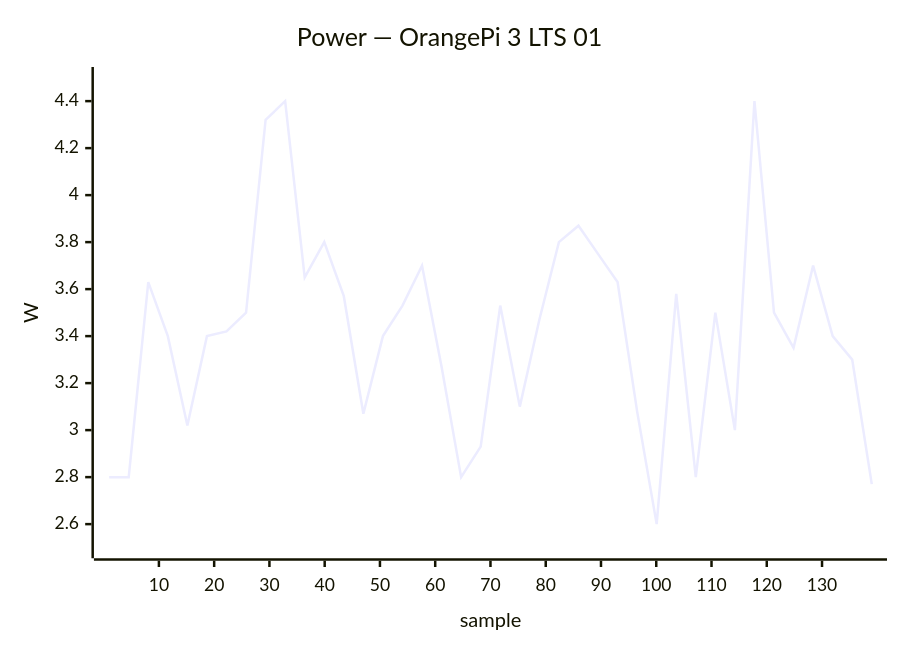
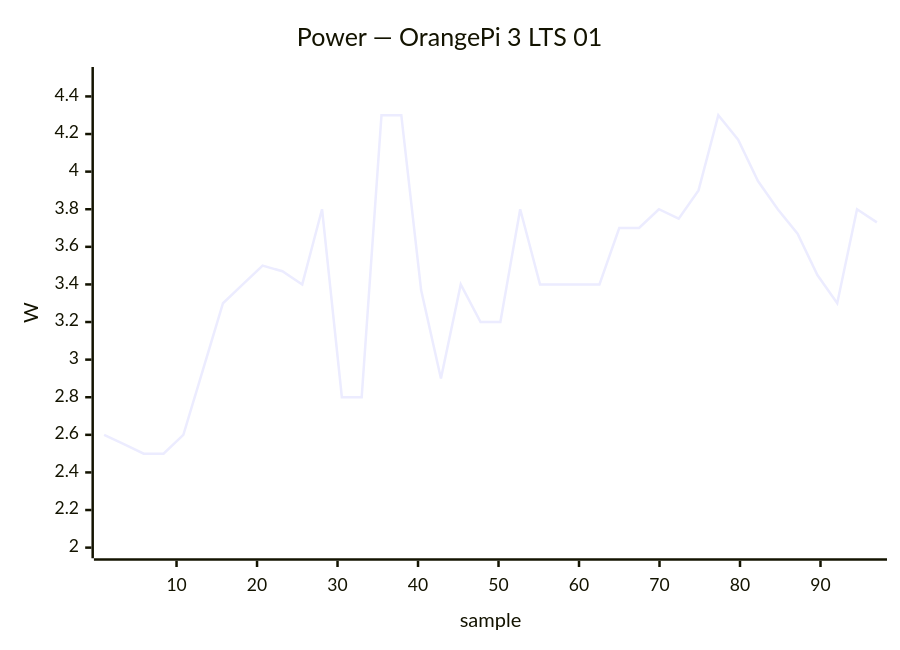
One commit to armbian/documentation changed diagram 15 of 25 in docs/status/board-tests.md. Above: the diagram before and after it, drawn with Mermaid. The commit also changed other lines of this file, not shown here.

````diff
--- a/docs/status/board-tests.md
+++ b/docs/status/board-tests.md
@@ -875,7 +875,7 @@
     ```mermaid
     xychart-beta
         title "Power — OrangePi 3 LTS 01"
-        x-axis "sample" 1 --> 139
-        y-axis "W" 2.5 --> 4.5
-        line [2.80, 2.80, 3.63, 3.40, 3.02, 3.40, 3.42, 3.50, 4.32, 4.40, 3.65, 3.80, 3.57, 3.07, 3.40, 3.53, 3.70, 3.27, 2.80, 2.93, 3.53, 3.10, 3.47, 3.80, 3.87, 3.75, 3.63, 3.08, 2.60, 3.58, 2.80, 3.50, 3.00, 4.40, 3.50, 3.35, 3.70, 3.40, 3.30, 2.77]
+        x-axis "sample" 1 --> 97
+        y-axis "W" 2.0 --> 4.5
+        line [2.60, 2.55, 2.50, 2.50, 2.60, 2.95, 3.30, 3.40, 3.50, 3.47, 3.40, 3.80, 2.80, 2.80, 4.30, 4.30, 3.37, 2.90, 3.40, 3.20, 3.20, 3.80, 3.40, 3.40, 3.40, 3.40, 3.70, 3.70, 3.80, 3.75, 3.90, 4.30, 4.17, 3.95, 3.80, 3.67, 3.45, 3.30, 3.80, 3.73]
     ```
````
